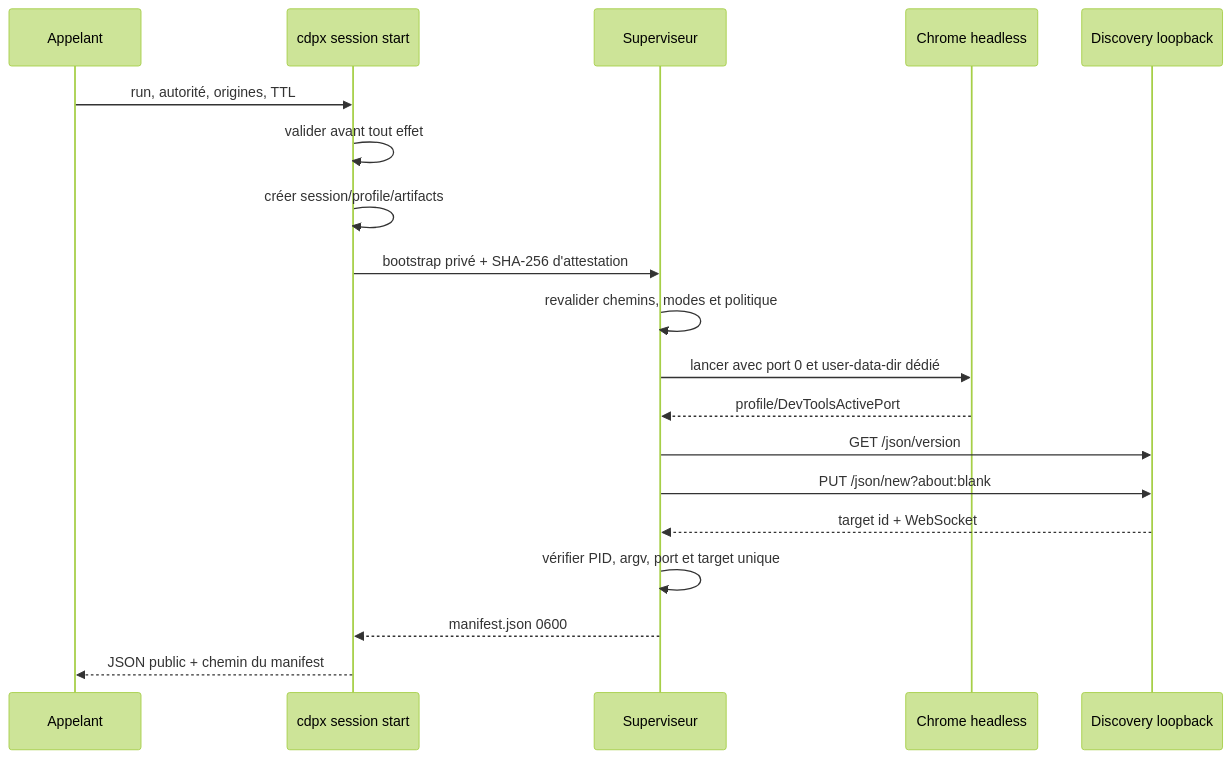
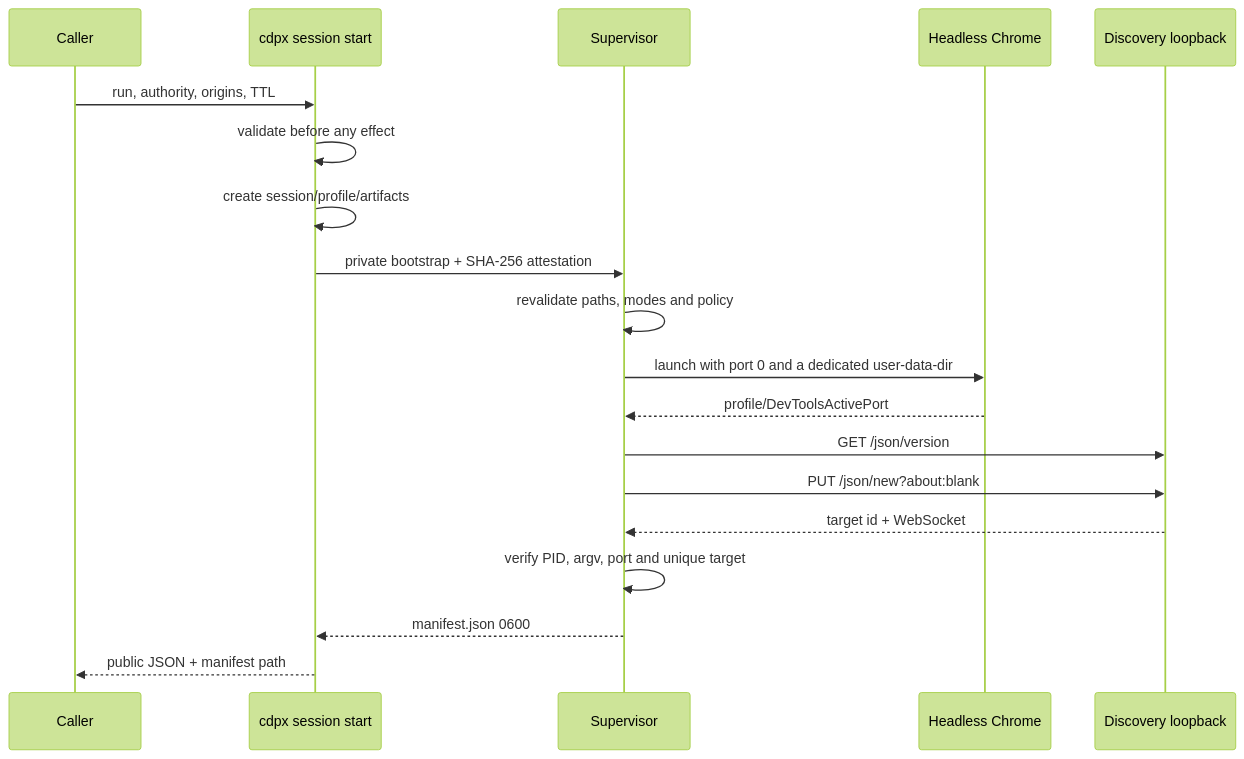
The second of 4 diagrams in docs/SESSION-LIFECYCLE.md (iNem0o/cdpx), drawn with Mermaid (forest theme) before and after one commit. The commit also changed other lines of this file and 43 other files, not shown here.

````diff
--- a/docs/SESSION-LIFECYCLE.md
+++ b/docs/SESSION-LIFECYCLE.md
@@ -121,23 +126,23 @@
 ```mermaid
 sequenceDiagram
-    accTitle: Séquence de démarrage d'une session Chrome
-    accDescr: Le parent valide la politique et crée les dossiers, puis le superviseur lance Chrome, découvre son port, atteste le target et publie le manifest.
-    participant Caller as Appelant
+    accTitle: Startup sequence of a Chrome session
+    accDescr: The parent validates the policy and creates the directories, then the supervisor launches Chrome, discovers its port, attests the target and publishes the manifest.
+    participant Caller as Caller
     participant CLI as cdpx session start
-    participant Sup as Superviseur
-    participant Chrome as Chrome headless
+    participant Sup as Supervisor
+    participant Chrome as Headless Chrome
     participant Disc as Discovery loopback
-    Caller->>CLI: run, autorité, origines, TTL
-    CLI->>CLI: valider avant tout effet
-    CLI->>CLI: créer session/profile/artifacts
-    CLI->>Sup: bootstrap privé + SHA-256 d'attestation
-    Sup->>Sup: revalider chemins, modes et politique
-    Sup->>Chrome: lancer avec port 0 et user-data-dir dédié
+    Caller->>CLI: run, authority, origins, TTL
+    CLI->>CLI: validate before any effect
+    CLI->>CLI: create session/profile/artifacts
+    CLI->>Sup: private bootstrap + SHA-256 attestation
+    Sup->>Sup: revalidate paths, modes and policy
+    Sup->>Chrome: launch with port 0 and a dedicated user-data-dir
     Chrome-->>Sup: profile/DevToolsActivePort
     Sup->>Disc: GET /json/version
     Sup->>Disc: PUT /json/new?about:blank
     Disc-->>Sup: target id + WebSocket
-    Sup->>Sup: vérifier PID, argv, port et target unique
+    Sup->>Sup: verify PID, argv, port and unique target
     Sup-->>CLI: manifest.json 0600
-    CLI-->>Caller: JSON public + chemin du manifest
+    CLI-->>Caller: public JSON + manifest path
 ```
````
